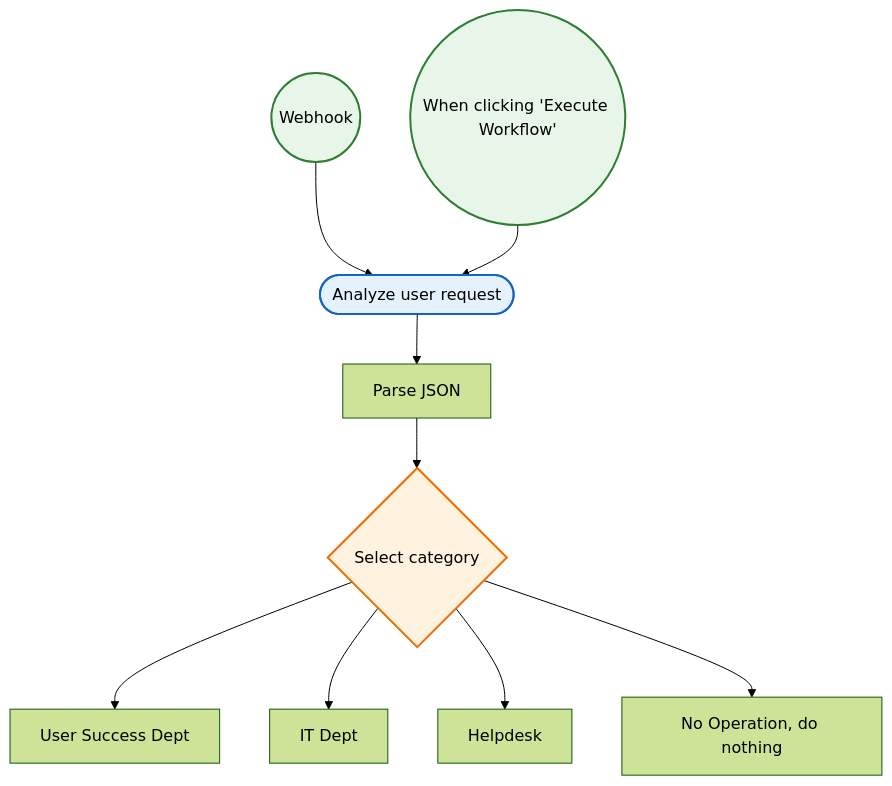
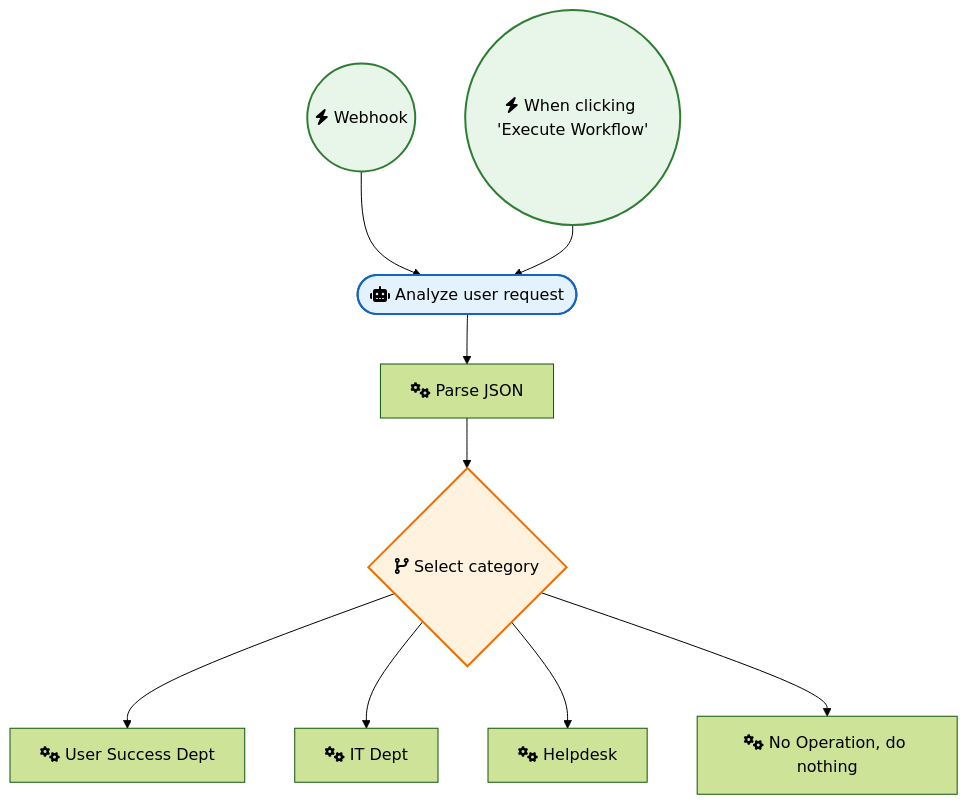
One commit to sreyash3105/N8N-DEMO-AUTOMATIONS changed the diagram in Discord/Discord Ai Bot.md. Above: the diagram before and after it, drawn with Mermaid (forest theme). The commit also changed 291 other files, not shown here.

````diff
--- a/Discord/Discord Ai Bot.md
+++ b/Discord/Discord Ai Bot.md
@@ -1,25 +1,25 @@
 ```mermaid
 graph TD
     classDef trigger fill:#e8f5e9,stroke:#2e7d32,stroke-width:2px;
     classDef ai fill:#e3f2fd,stroke:#1565c0,stroke-width:2px;
     classDef logic fill:#fff3e0,stroke:#ef6c00,stroke-width:2px;
 
-    When_clicking__Execute_Workflow_(("When clicking 'Execute Workflow'")):::trigger
-    Webhook(("Webhook")):::trigger
-    No_Operation__do_nothing["No Operation, do nothing"]
-    Analyze_user_request(["Analyze user request"]):::ai
-    Select_category{"Select category"}:::logic
-    Parse_JSON["Parse JSON"]
-    User_Success_Dept["User Success Dept"]
-    IT_Dept["IT Dept"]
-    Helpdesk["Helpdesk"]
+    When_clicking__Execute_Workflow_(("fas:fa-bolt When clicking 'Execute Workflow'")):::trigger
+    Webhook(("fas:fa-bolt Webhook")):::trigger
+    No_Operation__do_nothing["fas:fa-cogs No Operation, do nothing"]
+    Analyze_user_request(["fas:fa-robot Analyze user request"]):::ai
+    Select_category{"fas:fa-code-branch Select category"}:::logic
+    Parse_JSON["fas:fa-cogs Parse JSON"]
+    User_Success_Dept["fas:fa-cogs User Success Dept"]
+    IT_Dept["fas:fa-cogs IT Dept"]
+    Helpdesk["fas:fa-cogs Helpdesk"]
 
     Webhook --> Analyze_user_request
     Parse_JSON --> Select_category
     Select_category --> User_Success_Dept
     Select_category --> IT_Dept
     Select_category --> Helpdesk
     Select_category --> No_Operation__do_nothing
     Analyze_user_request --> Parse_JSON
     When_clicking__Execute_Workflow_ --> Analyze_user_request
 ```
````
